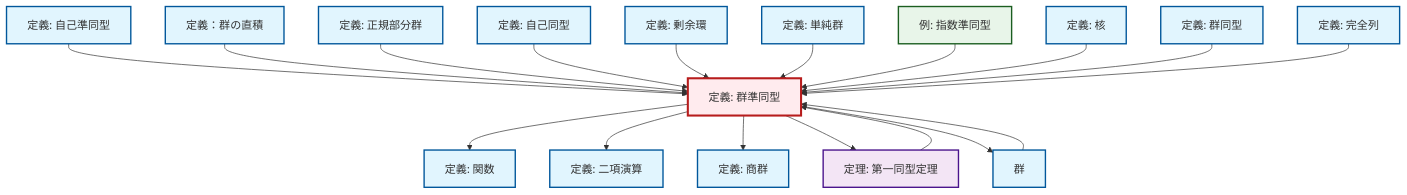
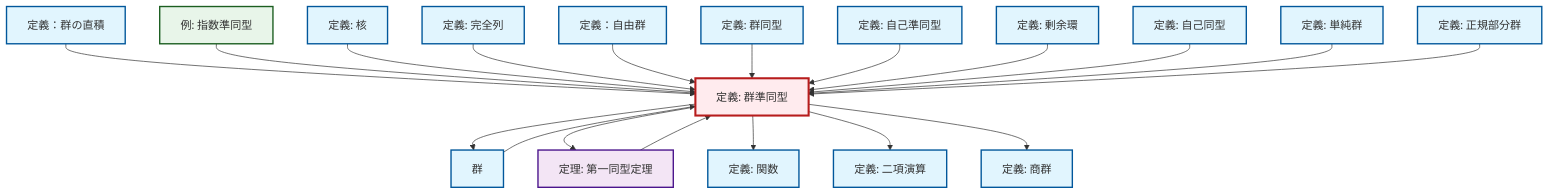
One commit to RK0429/ModernMath changed the diagram in content/ja/algebra/def-homomorphism.qmd. Above: the diagram before and after it, drawn with Mermaid. The commit also changed other lines of this file and 1012 other files, not shown here.

````diff
--- a/content/ja/algebra/def-homomorphism.qmd
+++ b/content/ja/algebra/def-homomorphism.qmd
@@ -66,58 +66,61 @@
 ```{mermaid}
 %%| fig-cap: "Local dependency graph"
 graph TD
     classDef definition fill:#e1f5fe,stroke:#01579b,stroke-width:2px
     classDef theorem fill:#f3e5f5,stroke:#4a148c,stroke-width:2px
     classDef axiom fill:#fff3e0,stroke:#e65100,stroke-width:2px
     classDef example fill:#e8f5e9,stroke:#1b5e20,stroke-width:2px
     classDef current fill:#ffebee,stroke:#b71c1c,stroke-width:3px
+    def-endomorphism["定義: 自己準同型"]:::definition
+    def-simple-group["定義: 単純群"]:::definition
+    def-exact-sequence["定義: 完全列"]:::definition
+    def-kernel["定義: 核"]:::definition
     ex-exponential-homomorphism["例: 指数準同型"]:::example
     def-automorphism["定義: 自己同型"]:::definition
+    def-isomorphism["定義: 群同型"]:::definition
+    def-binary-operation["定義: 二項演算"]:::definition
+    def-free-group["定義：自由群"]:::definition
+    def-quotient-ring["定義: 剰余環"]:::definition
+    def-normal-subgroup["定義: 正規部分群"]:::definition
     def-function["定義: 関数"]:::definition
-    def-endomorphism["定義: 自己準同型"]:::definition
-    def-normal-subgroup["定義: 正規部分群"]:::definition
-    def-binary-operation["定義: 二項演算"]:::definition
-    def-isomorphism["定義: 群同型"]:::definition
-    def-quotient-ring["定義: 剰余環"]:::definition
-    def-exact-sequence["定義: 完全列"]:::definition
+    def-homomorphism["定義: 群準同型"]:::definition
+    def-quotient-group["定義: 商群"]:::definition
     def-direct-product["定義：群の直積"]:::definition
     thm-first-isomorphism["定理: 第一同型定理"]:::theorem
-    def-quotient-group["定義: 商群"]:::definition
-    def-homomorphism["定義: 群準同型"]:::definition
-    def-simple-group["定義: 単純群"]:::definition
-    def-kernel["定義: 核"]:::definition
     def-group["群"]:::definition
-    def-endomorphism --> def-homomorphism
+    def-homomorphism --> def-group
     def-direct-product --> def-homomorphism
-    def-normal-subgroup --> def-homomorphism
-    def-homomorphism --> def-function
-    thm-first-isomorphism --> def-homomorphism
-    def-automorphism --> def-homomorphism
-    def-quotient-ring --> def-homomorphism
-    def-simple-group --> def-homomorphism
-    def-homomorphism --> def-binary-operation
-    def-homomorphism --> def-quotient-group
-    def-homomorphism --> thm-first-isomorphism
     ex-exponential-homomorphism --> def-homomorphism
     def-kernel --> def-homomorphism
+    def-homomorphism --> thm-first-isomorphism
+    def-homomorphism --> def-function
+    def-homomorphism --> def-binary-operation
+    def-exact-sequence --> def-homomorphism
     def-group --> def-homomorphism
+    def-free-group --> def-homomorphism
+    thm-first-isomorphism --> def-homomorphism
     def-isomorphism --> def-homomorphism
-    def-homomorphism --> def-group
-    def-exact-sequence --> def-homomorphism
+    def-endomorphism --> def-homomorphism
+    def-quotient-ring --> def-homomorphism
+    def-homomorphism --> def-quotient-group
+    def-automorphism --> def-homomorphism
+    def-simple-group --> def-homomorphism
+    def-normal-subgroup --> def-homomorphism
     class def-homomorphism current
+    click def-endomorphism "def-endomorphism.html" "自己準同型の定義へ"
+    click def-simple-group "def-simple-group.html" "単純群の定義へ"
+    click def-exact-sequence "def-exact-sequence.html" "完全列の定義へ"
+    click def-kernel "def-kernel.html" "核の定義へ"
     click ex-exponential-homomorphism "ex-exponential-homomorphism.html" "指数準同型の例へ"
     click def-automorphism "def-automorphism.html" "自己同型の定義へ"
+    click def-isomorphism "def-isomorphism.html" "群同型の定義へ"
+    click def-binary-operation "def-binary-operation.html" "二項演算の定義へ"
+    click def-free-group "def-free-group.html" "定義：自由群へ"
+    click def-quotient-ring "def-quotient-ring.html" "剰余環の定義へ"
+    click def-normal-subgroup "def-normal-subgroup.html" "正規部分群の定義へ"
     click def-function "def-function.html" "関数の定義へ"
-    click def-endomorphism "def-endomorphism.html" "自己準同型の定義へ"
-    click def-normal-subgroup "def-normal-subgroup.html" "正規部分群の定義へ"
-    click def-binary-operation "def-binary-operation.html" "二項演算の定義へ"
-    click def-isomorphism "def-isomorphism.html" "群同型の定義へ"
-    click def-quotient-ring "def-quotient-ring.html" "剰余環の定義へ"
-    click def-exact-sequence "def-exact-sequence.html" "完全列の定義へ"
+    click def-quotient-group "def-quotient-group.html" "商群の定義へ"
     click def-direct-product "def-direct-product.html" "定義：群の直積へ"
     click thm-first-isomorphism "thm-first-isomorphism.html" "第一同型定理の定理へ"
-    click def-quotient-group "def-quotient-group.html" "商群の定義へ"
-    click def-simple-group "def-simple-group.html" "単純群の定義へ"
-    click def-kernel "def-kernel.html" "核の定義へ"
     click def-group "def-group.html" "群へ"
 ```
````
